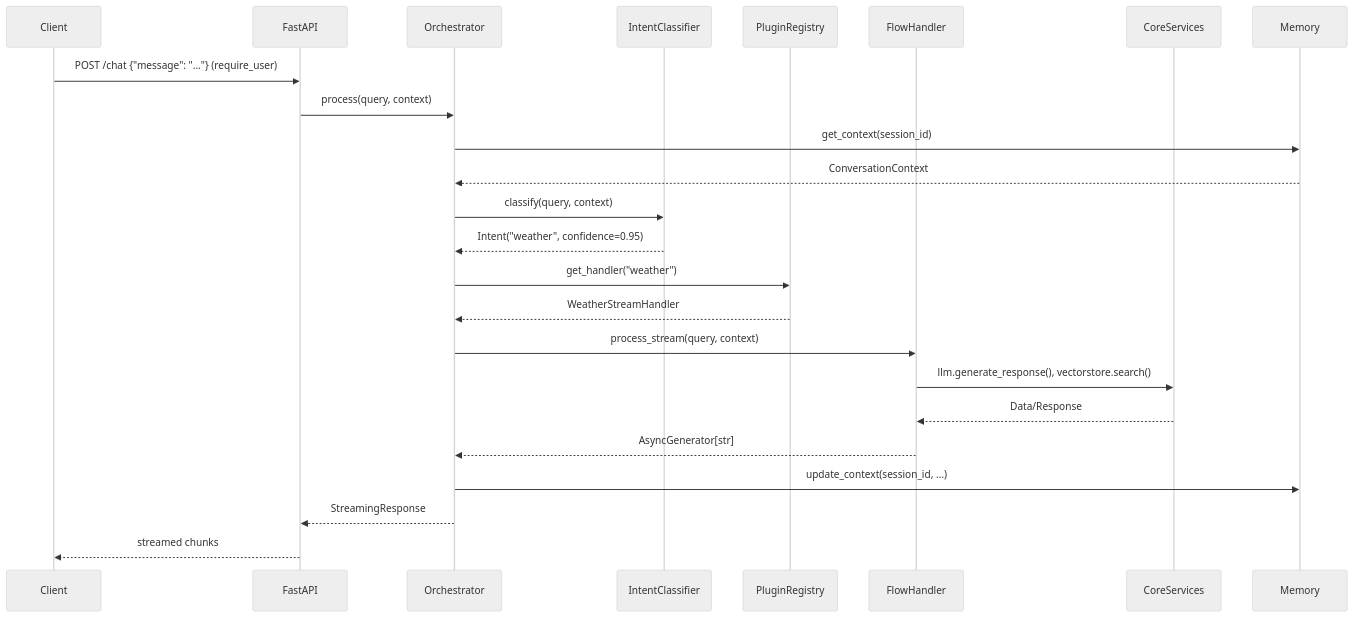
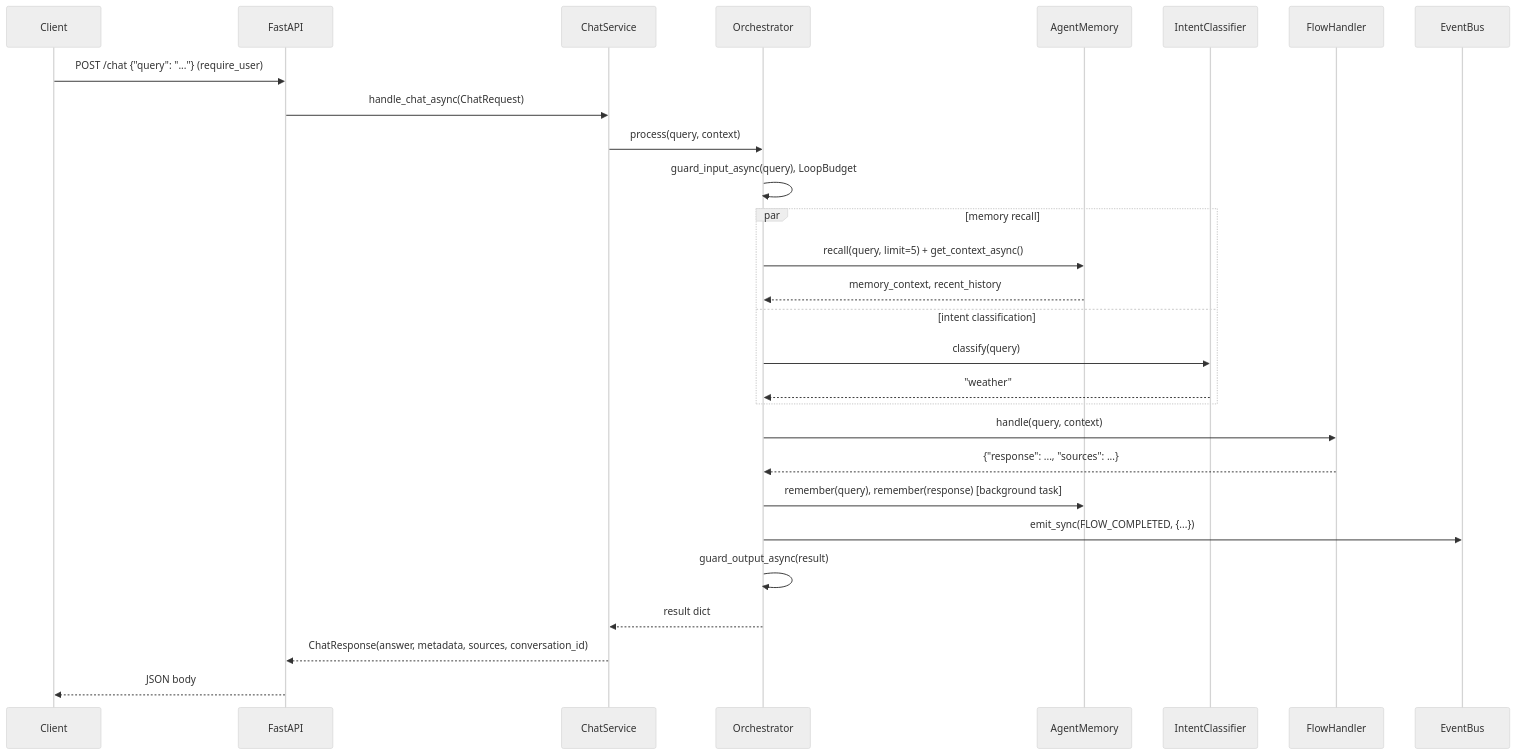
The first of 4 diagrams in mkdocs-site/docs/architecture/request-flow.md (baselithcore/baselithcore), drawn with Mermaid (neutral theme) before and after one commit. The commit also changed other lines of this file and 116 other files, not shown here.

Commit message:
docs: update documentation across all core modules, plugins, and architecture guides alongside internal core logic refinements and test suite updates.

````diff
--- a/mkdocs-site/docs/architecture/request-flow.md
+++ b/mkdocs-site/docs/architecture/request-flow.md
@@ -13,27 +15,31 @@
 ```mermaid
 sequenceDiagram
     participant C as Client
     participant F as FastAPI
+    participant CS as ChatService
     participant O as Orchestrator
+    participant M as AgentMemory
     participant I as IntentClassifier
-    participant R as PluginRegistry
     participant H as FlowHandler
-    participant S as CoreServices
-    participant M as Memory
+    participant E as EventBus
 
-    C->>F: POST /chat {"message": "..."} (require_user)
-    F->>O: process(query, context)
-    O->>M: get_context(session_id)
-    M-->>O: ConversationContext
-    O->>I: classify(query, context)
-    I-->>O: Intent("weather", confidence=0.95)
-    O->>R: get_handler("weather")
-    R-->>O: WeatherStreamHandler
-    O->>H: process_stream(query, context)
-    H->>S: llm.generate_response(), vectorstore.search()
-    S-->>H: Data/Response
-    H-->>O: AsyncGenerator[str]
-    O->>M: update_context(session_id, ...)
-    O-->>F: StreamingResponse
-    F-->>C: streamed chunks
+    C->>F: POST /chat {"query": "..."} (require_user)
+    F->>CS: handle_chat_async(ChatRequest)
+    CS->>O: process(query, context)
+    O->>O: guard_input_async(query), LoopBudget
+    par memory recall
+        O->>M: recall(query, limit=5) + get_context_async()
+        M-->>O: memory_context, recent_history
+    and intent classification
+        O->>I: classify(query)
+        I-->>O: "weather"
+    end
+    O->>H: handle(query, context)
+    H-->>O: {"response": ..., "sources": ...}
+    O->>M: remember(query), remember(response) [background task]
+    O->>E: emit_sync(FLOW_COMPLETED, {...})
+    O->>O: guard_output_async(result)
+    O-->>CS: result dict
+    CS-->>F: ChatResponse(answer, metadata, sources, conversation_id)
+    F-->>C: JSON body
 ```
````
